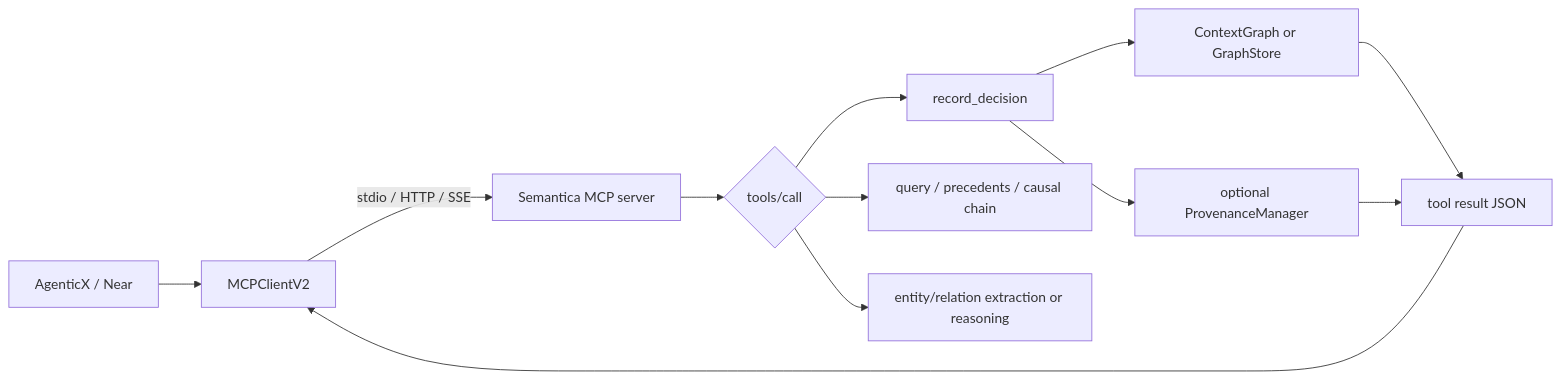
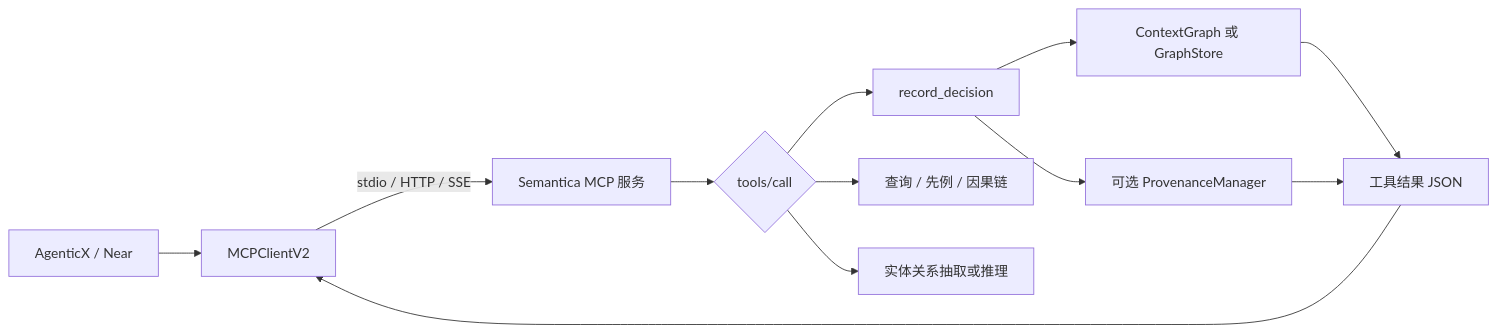
The diagram in research/codedeepresearch/semantica/semantica_source_notes.md (DemonDamon/oag-deep-research), drawn with Mermaid before and after one commit. The commit also changed other lines of this file and 7 other files, not shown here.

````diff
--- a/research/codedeepresearch/semantica/semantica_source_notes.md
+++ b/research/codedeepresearch/semantica/semantica_source_notes.md
@@ -37,14 +37,14 @@
 ```mermaid
 flowchart LR
   C[AgenticX / Near] --> AX[MCPClientV2]
-  AX -->|stdio / HTTP / SSE| M[Semantica MCP server]
+  AX -->|stdio / HTTP / SSE| M[Semantica MCP 服务]
   M --> T{tools/call}
   T --> D[record_decision]
-  T --> Q[query / precedents / causal chain]
-  T --> R[entity/relation extraction or reasoning]
-  D --> CG[ContextGraph or GraphStore]
-  D --> PM[optional ProvenanceManager]
-  CG --> O[tool result JSON]
+  T --> Q[查询 / 先例 / 因果链]
+  T --> R[实体关系抽取或推理]
+  D --> CG[ContextGraph 或 GraphStore]
+  D --> PM[可选 ProvenanceManager]
+  CG --> O[工具结果 JSON]
   PM --> O
   O --> AX
 ```
````
